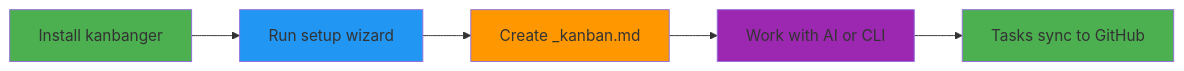
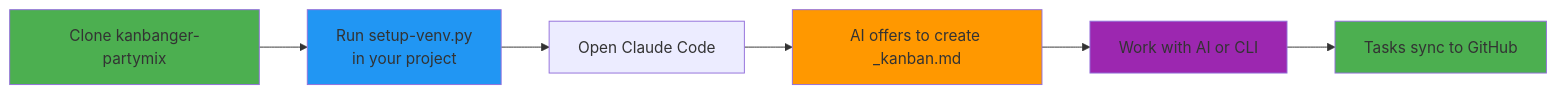
The first of 3 diagrams in docs/setup-flow.md (earlyprototype/kanbanger), drawn with Mermaid before and after one commit. The commit also changed other lines of this file and 3 other files, not shown here.

First line of the commit message:
docs: replace deprecated Cursor wizard refs with current setup-venv.py flow

````diff
--- a/docs/setup-flow.md
+++ b/docs/setup-flow.md
@@ -5,13 +5,14 @@
 ```mermaid
 graph LR
-    A[Install kanbanger] --> B[Run setup wizard]
-    B --> C[Create _kanban.md]
-    C --> D[Work with AI or CLI]
-    D --> E[Tasks sync to GitHub]
-    
+    A[Clone kanbanger-partymix] --> B[Run setup-venv.py<br/>in your project]
+    B --> C[Open Claude Code]
+    C --> D[AI offers to create _kanban.md]
+    D --> E[Work with AI or CLI]
+    E --> F[Tasks sync to GitHub]
+
     style A fill:#4CAF50
     style B fill:#2196F3
-    style C fill:#FF9800
-    style D fill:#9C27B0
-    style E fill:#4CAF50
+    style D fill:#FF9800
+    style E fill:#9C27B0
+    style F fill:#4CAF50
 ```
````
